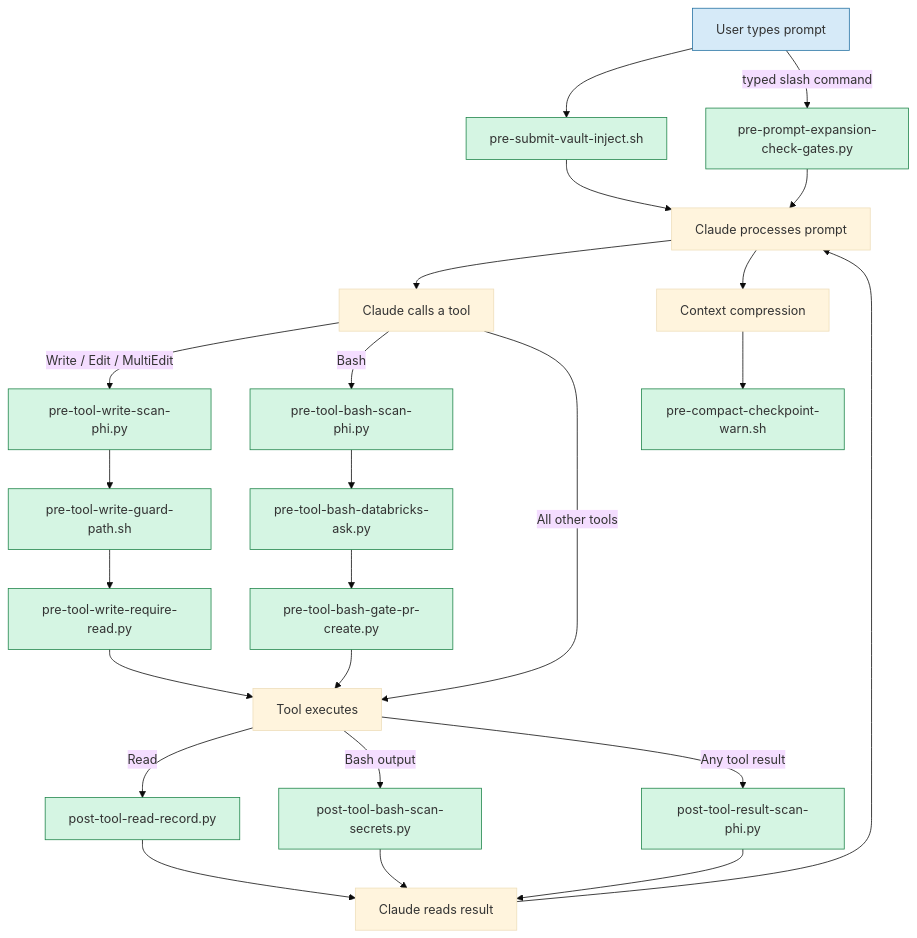
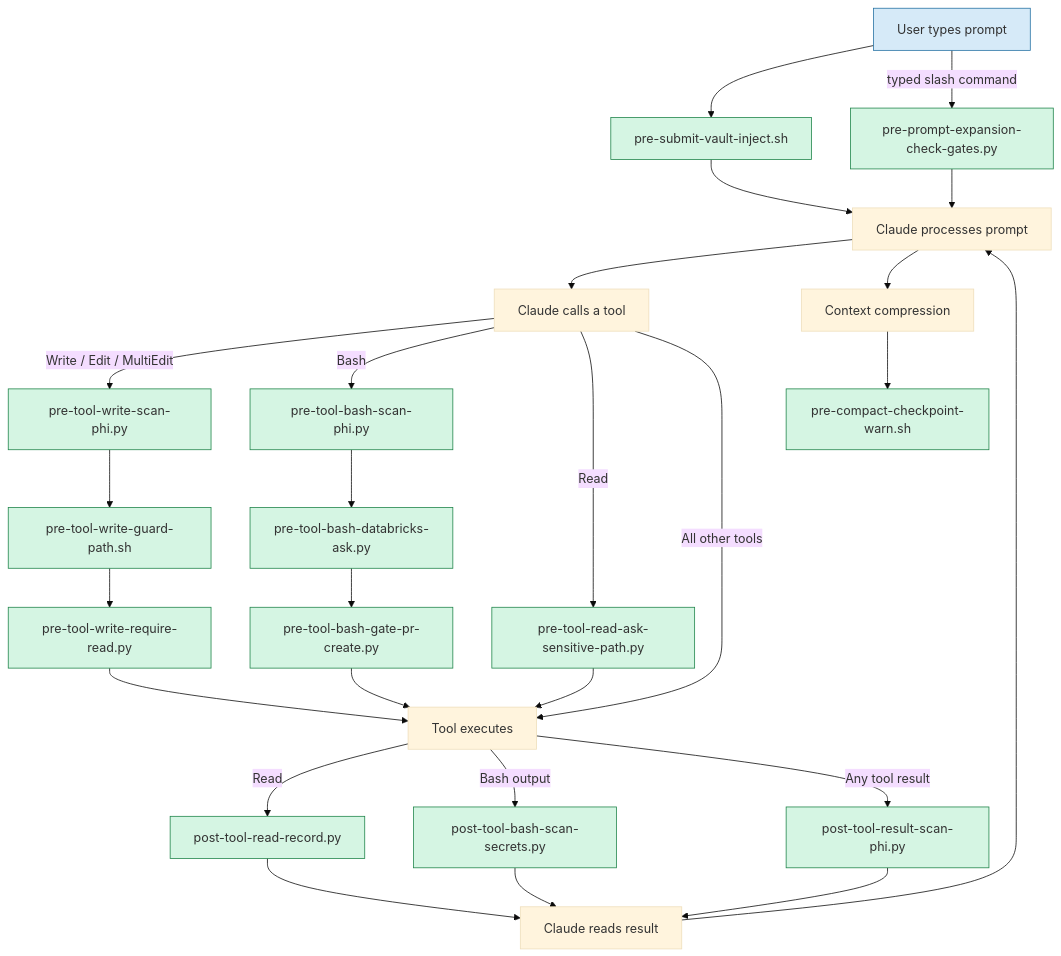
The first of 8 diagrams in docs/hooks.md (qh-dipenpatel/Arbiter), drawn with Mermaid (base theme) before and after one commit. The commit also changed other lines of this file and 4 other files, not shown here.

Commit message:
Ask before Claude reads a file on a sensitive path list, with a default list, an env variable for extras, and tests

````diff
--- a/docs/hooks.md
+++ b/docs/hooks.md
@@ -48,38 +49,40 @@
 ```mermaid
 flowchart TD
   classDef actor    fill:#d6eaf8,stroke:#2471a3
   classDef core     fill:#d5f5e3,stroke:#1e8449
 
   A["User types prompt"]
   B["pre-submit-vault-inject.sh"]
   C["Claude processes prompt"]
   D["Claude calls a tool"]
   E["pre-tool-write-scan-phi.py"]
   F["pre-tool-write-guard-path.sh"]
   G["Tool executes"]
   H["post-tool-bash-scan-secrets.py"]
   I["post-tool-result-scan-phi.py"]
   J["Claude reads result"]
   K["Context compression"]
   L["pre-compact-checkpoint-warn.sh"]
   M["pre-tool-bash-scan-phi.py"]
   N["pre-tool-bash-databricks-ask.py"]
   O["pre-tool-bash-gate-pr-create.py"]
   P["pre-tool-write-require-read.py"]
   Q["post-tool-read-record.py"]
   R["pre-prompt-expansion-check-gates.py"]
+  S["pre-tool-read-ask-sensitive-path.py"]
 
   A --> B --> C --> D
   A -- "typed slash command" --> R --> C
   D -- "Write / Edit / MultiEdit" --> E --> F --> P --> G
   D -- "Bash" --> M --> N --> O --> G
+  D -- "Read" --> S --> G
   G -- "Read" --> Q --> J
   D -- "All other tools" --> G
   G -- "Bash output" --> H --> J
   G -- "Any tool result" --> I --> J
   J --> C
   C --> K --> L
 
   class A actor
-  class B,E,F,H,I,L,M,N,O,P,Q,R core
+  class B,E,F,H,I,L,M,N,O,P,Q,R,S core
 ```
````
